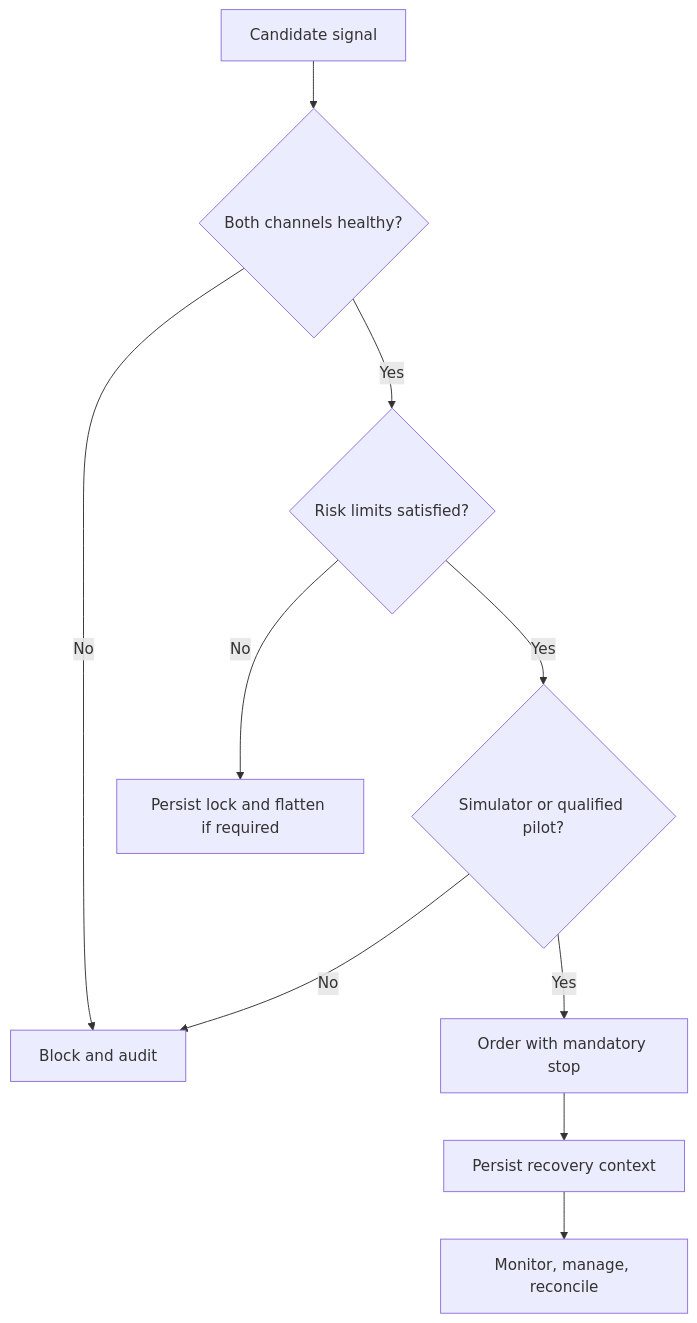
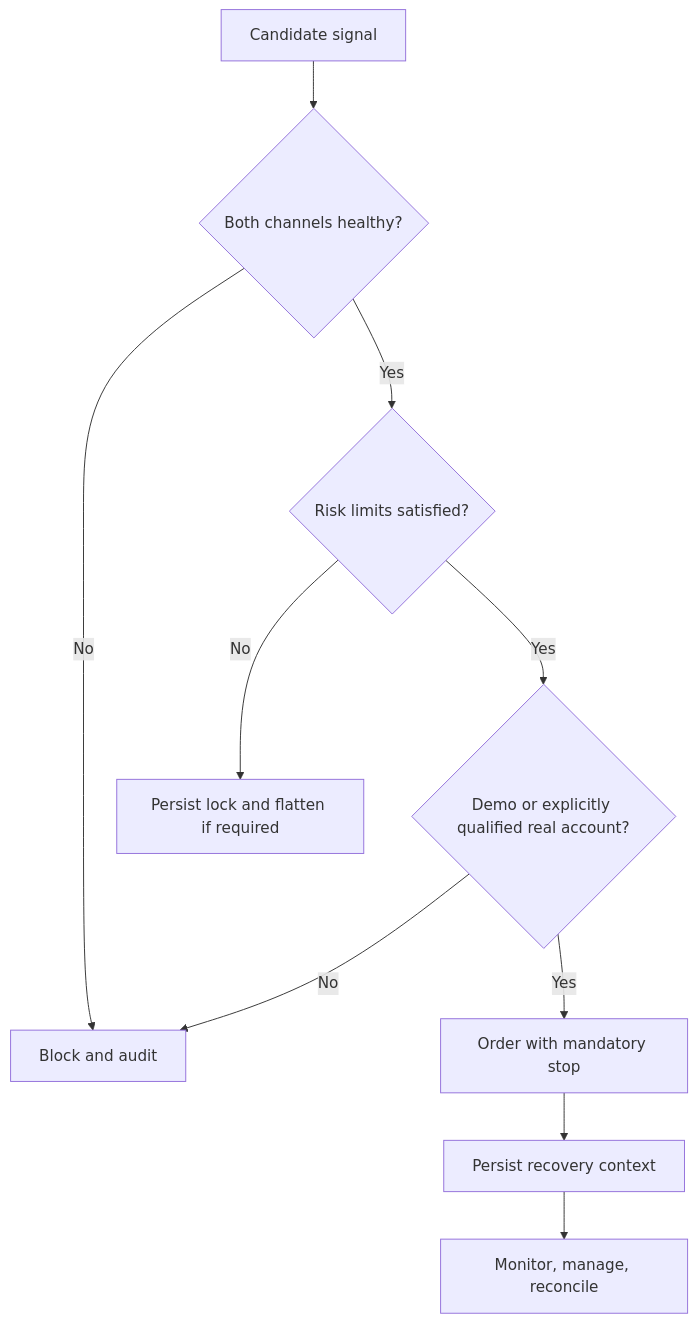
One commit to johnnysb160/TradeGuard-Showcase changed the second of 2 diagrams in README.md. Above: the diagram before and after it, drawn with Mermaid. The commit also changed other lines of this file and 1 other file, not shown here.

Commit message:
docs: describe real trading execution accurately

````diff
--- a/README.md
+++ b/README.md
@@ -103,12 +128,12 @@
 ```mermaid
 flowchart TD
   Signal[Candidate signal] --> Health{Both channels healthy?}
   Health -- No --> Block[Block and audit]
   Health -- Yes --> Limits{Risk limits satisfied?}
   Limits -- No --> Lock[Persist lock and flatten if required]
-  Limits -- Yes --> Account{Simulator or qualified pilot?}
+  Limits -- Yes --> Account{Demo or explicitly qualified real account?}
   Account -- No --> Block
   Account -- Yes --> Order[Order with mandatory stop]
   Order --> Recover[Persist recovery context]
   Recover --> Monitor[Monitor, manage, reconcile]
 ```
````
